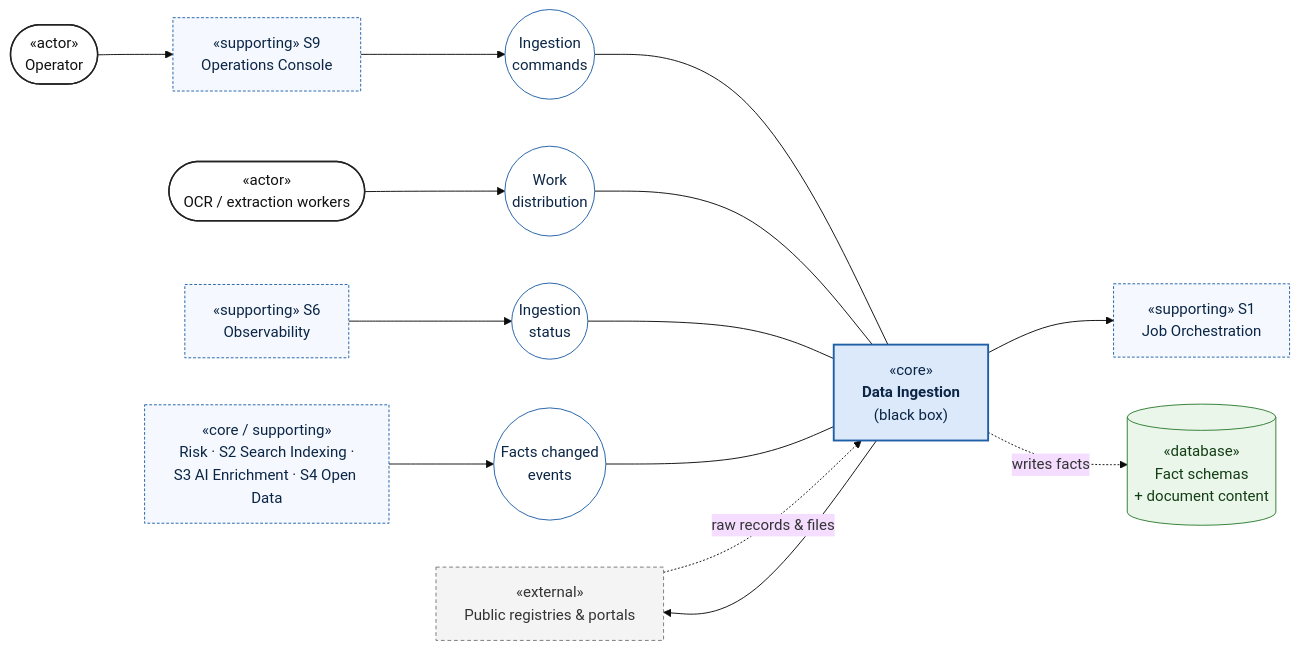
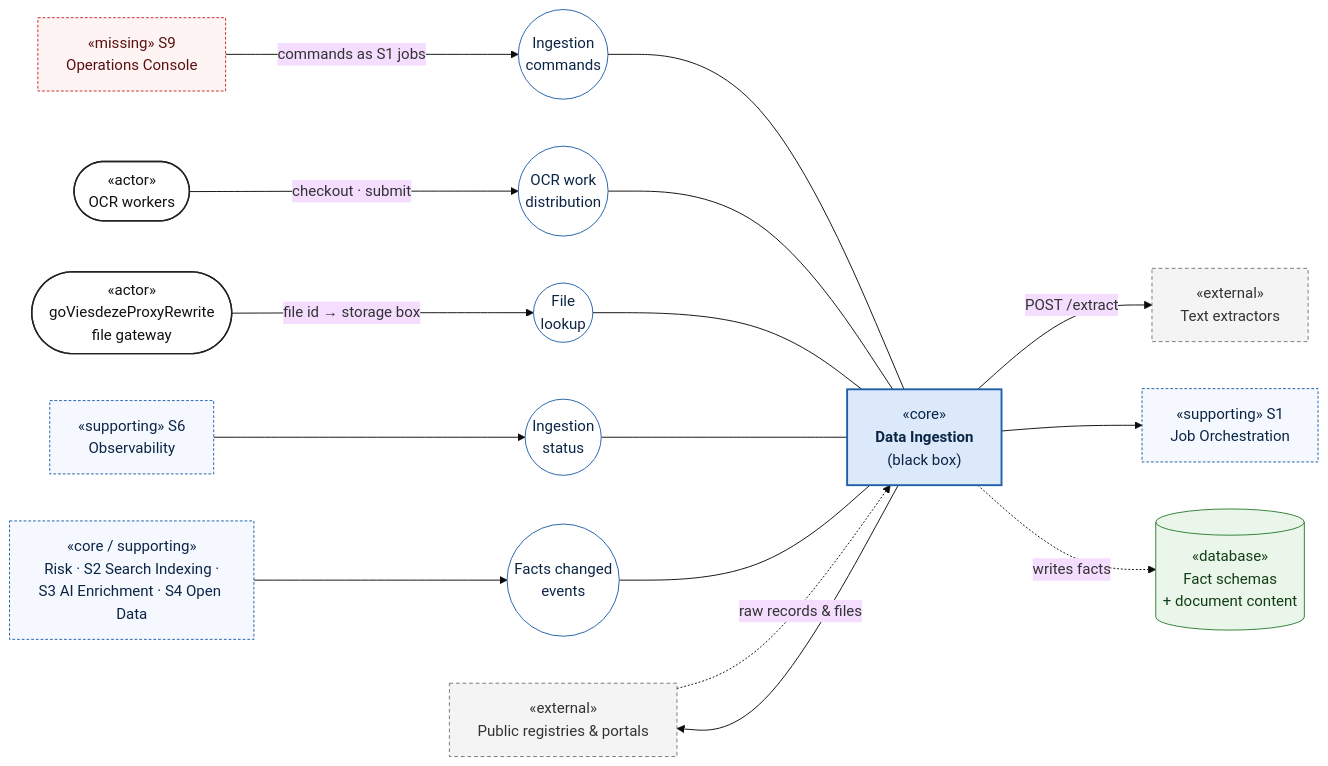
Before and after one commit to Viespirkiu-grupe/viespirkiai: the second of 10 diagrams in docs/architecture/architecture-upgrade.md, drawn with Mermaid (base theme). The commit also changed other lines of this file, not shown here.

````diff
--- a/docs/architecture/architecture-upgrade.md
+++ b/docs/architecture/architecture-upgrade.md
@@ -137,35 +167,40 @@
 ```mermaid
 flowchart LR
     classDef actor fill: #ffffff, stroke: #222, stroke-width: 1.5px, color: #111
     classDef core fill: #dbe9fb, stroke: #1f5fa8, stroke-width: 2px, color: #0b2545
     classDef sup fill: #f5f9ff, stroke: #1f5fa8, stroke-dasharray: 3 2, color: #0b2545
     classDef store fill: #eaf6ea, stroke: #2e7d32, color: #123d14
     classDef ext fill: #f4f4f4, stroke: #777, stroke-dasharray: 4 3, color: #333
     classDef iface fill: #ffffff, stroke: #1f5fa8, color: #0b2545
+    classDef missing fill: #fff4f4, stroke: #c62828, stroke-dasharray: 3 2, color: #5a1010
     src["«external»<br/>Public registries & portals"]:::ext
-    op(["«actor»<br/>Operator"]):::actor
-    workers(["«actor»<br/>OCR / extraction workers"]):::actor
+    extr["«external»<br/>Text extractors"]:::ext
+    ocr(["«actor»<br/>OCR workers"]):::actor
+    fpr(["«actor»<br/>goViesdezeProxyRewrite<br/>file gateway"]):::actor
     iCmd(("Ingestion<br/>commands")):::iface
-    iWork(("Work<br/>distribution")):::iface
+    iWork(("OCR work<br/>distribution")):::iface
+    iFile(("File<br/>lookup")):::iface
     iStatus(("Ingestion<br/>status")):::iface
     iEvt(("Facts changed<br/>events")):::iface
     ing["«core»<br/><b>Data Ingestion</b><br/>(black box)"]:::core
     facts[("«database»<br/>Fact schemas<br/>+ document content")]:::store
     s1["«supporting» S1<br/>Job Orchestration"]:::sup
     s6["«supporting» S6<br/>Observability"]:::sup
-    s9["«supporting» S9<br/>Operations Console"]:::sup
+    s9["«missing» S9<br/>Operations Console"]:::missing
     cons["«core / supporting»<br/>Risk · S2 Search Indexing ·<br/>S3 AI Enrichment · S4 Open Data"]:::sup
     iCmd --- ing
     iWork --- ing
+    iFile --- ing
     iStatus --- ing
     iEvt --- ing
-    op --> s9
-    s9 --> iCmd
-    workers --> iWork
+    s9 -->|" commands as S1 jobs "| iCmd
+    ocr -->|" checkout · submit "| iWork
+    fpr -->|" file id → storage box "| iFile
     s6 --> iStatus
     cons --> iEvt
     ing --> src
+    ing -->|" POST /extract "| extr
     ing --> s1
     src -.->|" raw records & files "| ing
     ing -.->|" writes facts "| facts
 ```
````
